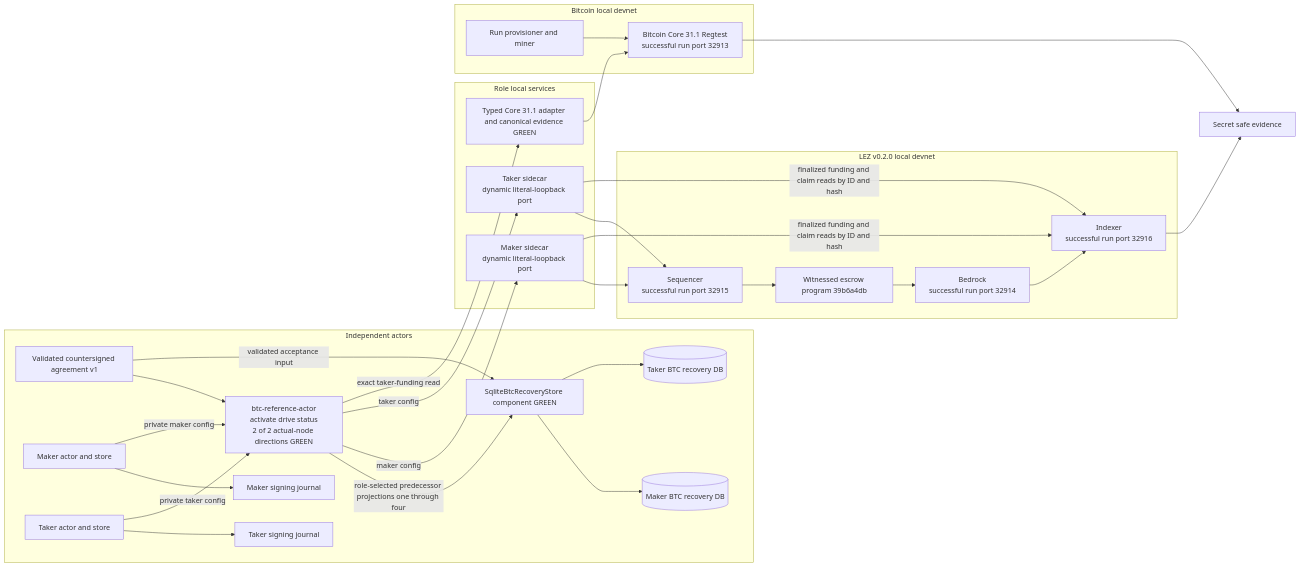
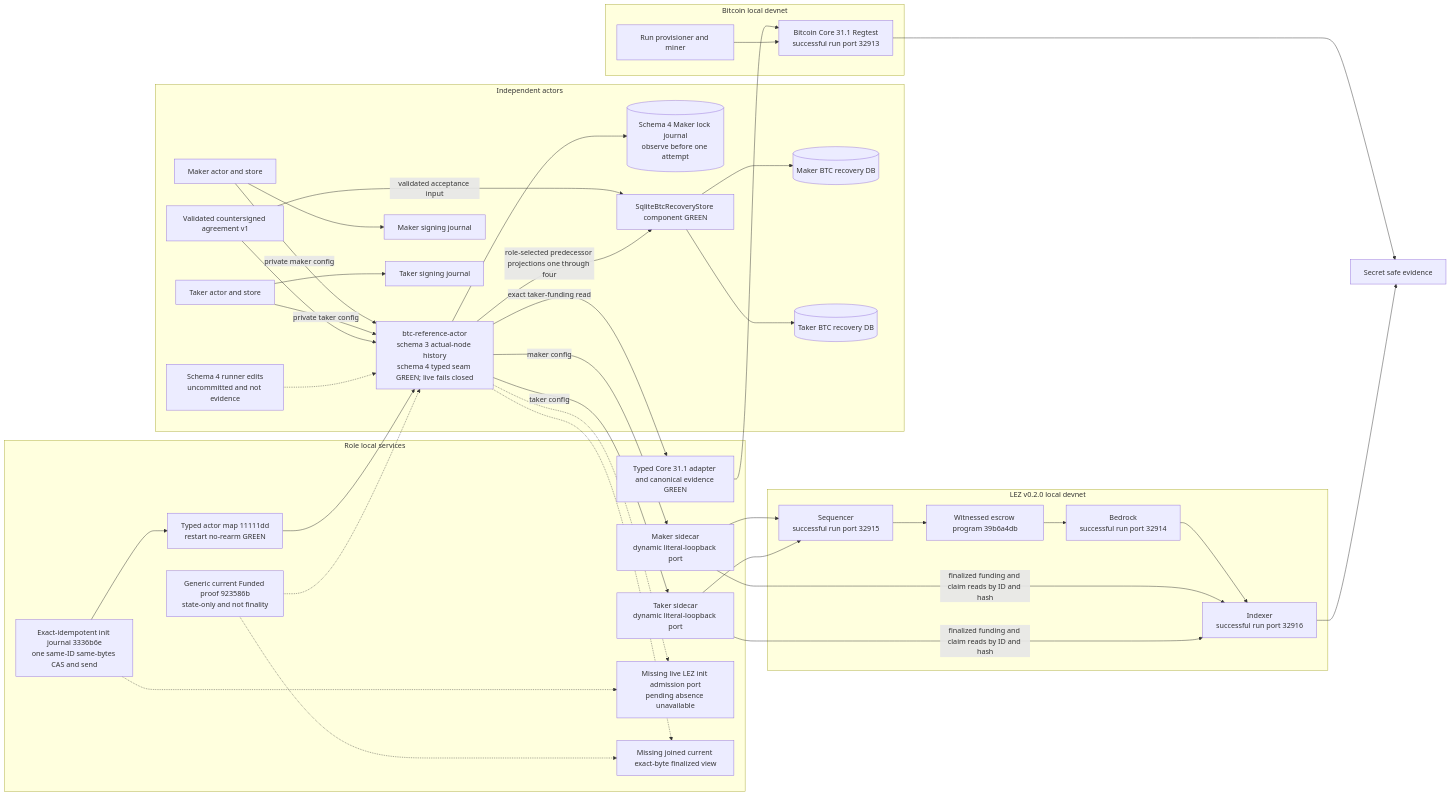
The first of 6 diagrams in docs/architecture/0029-m3-bitcoin-local-poc-entry.md (gateway-fm/lez-atomic-swaps), drawn with Mermaid before and after one commit. The commit also changed other lines of this file and 8 other files, not shown here.

Commit message:
docs: reconcile M3 maker admission architecture

````diff
--- a/docs/architecture/0029-m3-bitcoin-local-poc-entry.md
+++ b/docs/architecture/0029-m3-bitcoin-local-poc-entry.md
@@ -42,56 +59,72 @@
 ```mermaid
 flowchart LR
     subgraph Actors["Independent actors"]
         Agreement["Validated countersigned agreement v1"]
         Maker["Maker actor and store"]
         Taker["Taker actor and store"]
-        Actor["btc-reference-actor<br/>activate drive status<br/>2 of 2 actual-node directions GREEN"]
+        Actor["btc-reference-actor<br/>schema 3 actual-node history<br/>schema 4 typed seam GREEN; live fails closed"]
+        MakerJournal[("Schema 4 Maker lock journal<br/>observe before one attempt")]
+        Runner["Schema 4 runner edits<br/>uncommitted and not evidence"]
         MakerSigner["Maker signing journal"]
         TakerSigner["Taker signing journal"]
         Recovery["SqliteBtcRecoveryStore component GREEN"]
         MakerRecovery[("Maker BTC recovery DB")]
         TakerRecovery[("Taker BTC recovery DB")]
         Maker --> MakerSigner
         Taker --> TakerSigner
         Maker -->|"private maker config"| Actor
         Taker -->|"private taker config"| Actor
         Agreement --> Actor
         Agreement -->|"validated acceptance input"| Recovery
         Recovery --> MakerRecovery
         Recovery --> TakerRecovery
         Actor -->|"role-selected predecessor projections one through four"| Recovery
+        Actor --> MakerJournal
+        Runner -.-> Actor
     end
 
     subgraph RoleServices["Role local services"]
         MakerSidecar["Maker sidecar<br/>dynamic literal-loopback port"]
         TakerSidecar["Taker sidecar<br/>dynamic literal-loopback port"]
         CoreAdapter["Typed Core 31.1 adapter and canonical evidence GREEN"]
+        InitJournal["Exact-idempotent init journal 3336b6e<br/>one same-ID same-bytes CAS and send"]
+        InitActor["Typed actor map 11111dd<br/>restart no-rearm GREEN"]
+        InitGap["Missing live LEZ init admission port<br/>pending absence unavailable"]
+        CurrentLez["Generic current Funded proof 923586b<br/>state-only and not finality"]
+        StateGap["Missing joined current exact-byte finalized view"]
     end
 
     subgraph Bitcoin["Bitcoin local devnet"]
         Core["Bitcoin Core 31.1 Regtest<br/>successful run port 32913"]
         Miner["Run provisioner and miner"]
     end
 
     subgraph Lez["LEZ v0.2.0 local devnet"]
         Sequencer["Sequencer<br/>successful run port 32915"]
         Indexer["Indexer<br/>successful run port 32916"]
         Bedrock["Bedrock<br/>successful run port 32914"]
         Guest["Witnessed escrow program 39b6a4db"]
         Sequencer --> Guest
         Guest --> Bedrock
         Bedrock --> Indexer
     end
 
     Actor -->|"maker config"| MakerSidecar
     Actor -->|"taker config"| TakerSidecar
     MakerSidecar --> Sequencer
     MakerSidecar -->|"finalized funding and claim reads by ID and hash"| Indexer
     TakerSidecar --> Sequencer
     TakerSidecar -->|"finalized funding and claim reads by ID and hash"| Indexer
     Actor -->|"exact taker-funding read"| CoreAdapter
+    InitJournal --> InitActor
+    InitActor --> Actor
+    Actor -.-> InitGap
+    InitJournal -.-> InitGap
+    CurrentLez -.-> Actor
+    CurrentLez -.-> StateGap
+    Actor -.-> StateGap
     CoreAdapter --> Core
     Miner --> Core
     Core --> Evidence["Secret safe evidence"]
     Indexer --> Evidence
 ```
````
